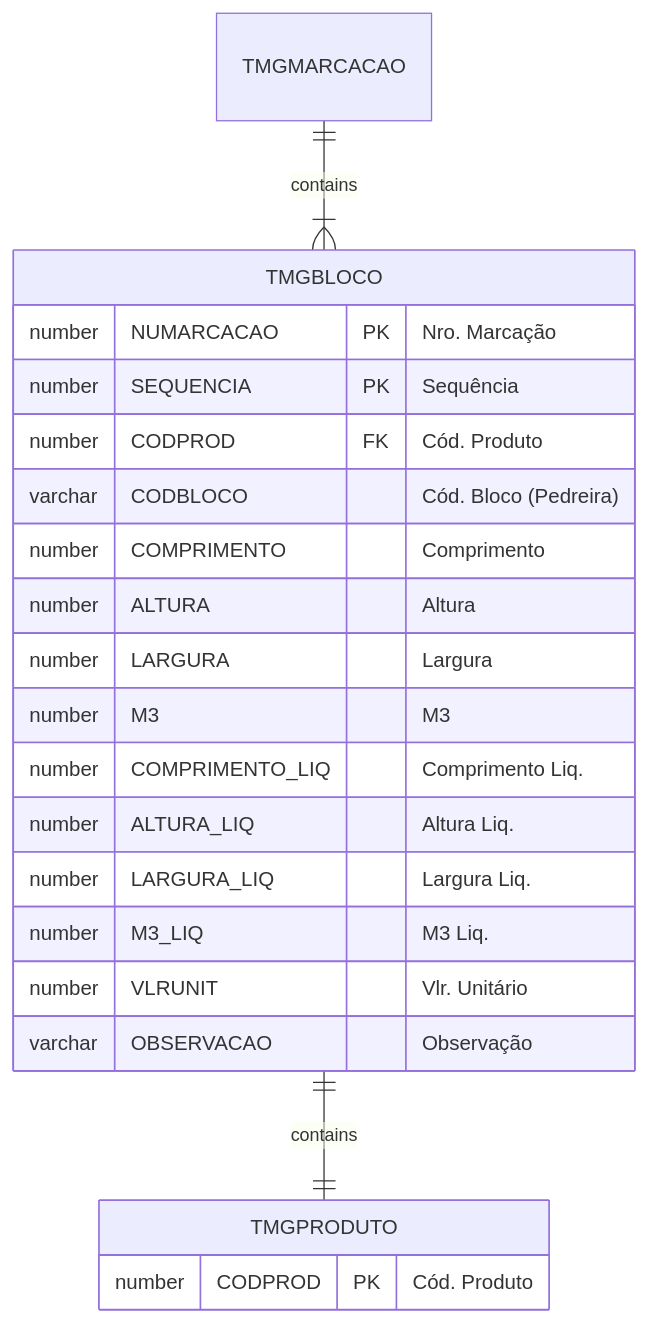
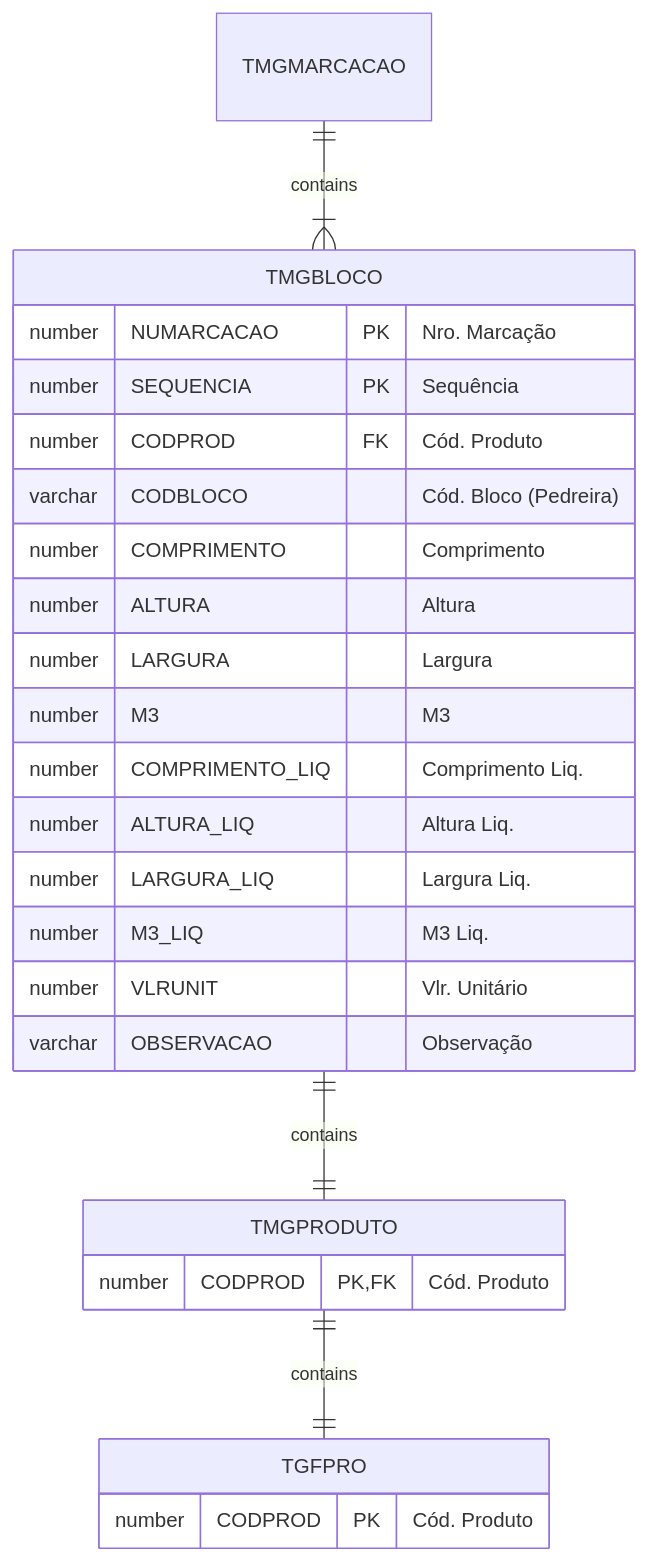
Before and after one commit to cbmsoft/margrandocs: the first of 2 diagrams in docs/_database/TMGBLOCO.md, drawn with Mermaid. The commit also changed 3 other files, not shown here.

````diff
--- a/docs/_database/TMGBLOCO.md
+++ b/docs/_database/TMGBLOCO.md
@@ -27,25 +27,29 @@
 ```mermaid
 erDiagram
     TMGMARCACAO ||--|{ TMGBLOCO : contains
     TMGBLOCO ||--|| TMGPRODUTO : contains
+    TMGPRODUTO ||--|| TGFPRO : contains
 
     TMGBLOCO {
         number NUMARCACAO PK "Nro. Marcação"
         number SEQUENCIA PK "Sequência"
         number CODPROD FK "Cód. Produto"
         varchar CODBLOCO "Cód. Bloco (Pedreira)"
         number COMPRIMENTO "Comprimento"
         number ALTURA "Altura"
         number LARGURA "Largura"
         number M3 "M3"
         number COMPRIMENTO_LIQ "Comprimento Liq."
         number ALTURA_LIQ "Altura Liq."
         number LARGURA_LIQ "Largura Liq."
         number M3_LIQ "M3 Liq."
         number VLRUNIT "Vlr. Unitário"
         varchar OBSERVACAO "Observação"
     }
     TMGPRODUTO {
+        number CODPROD PK,FK "Cód. Produto"
+    }
+    TGFPRO {
         number CODPROD PK "Cód. Produto"
     }
 ```
````
